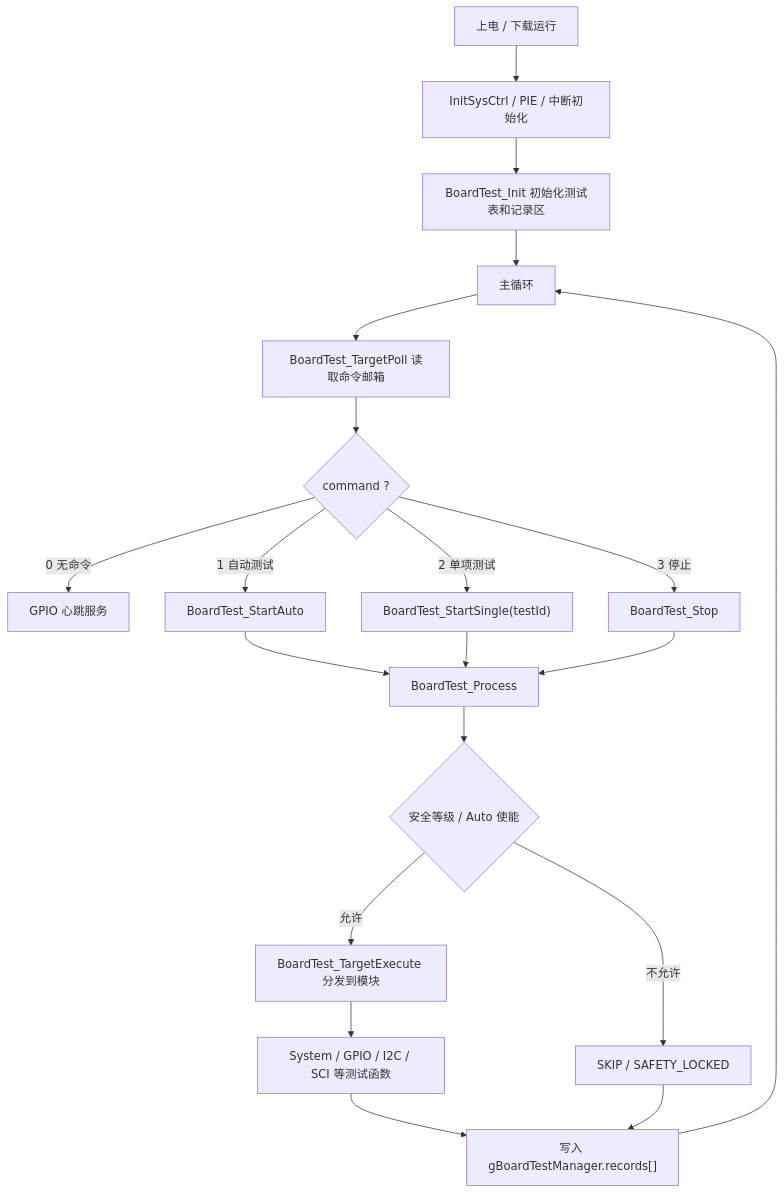
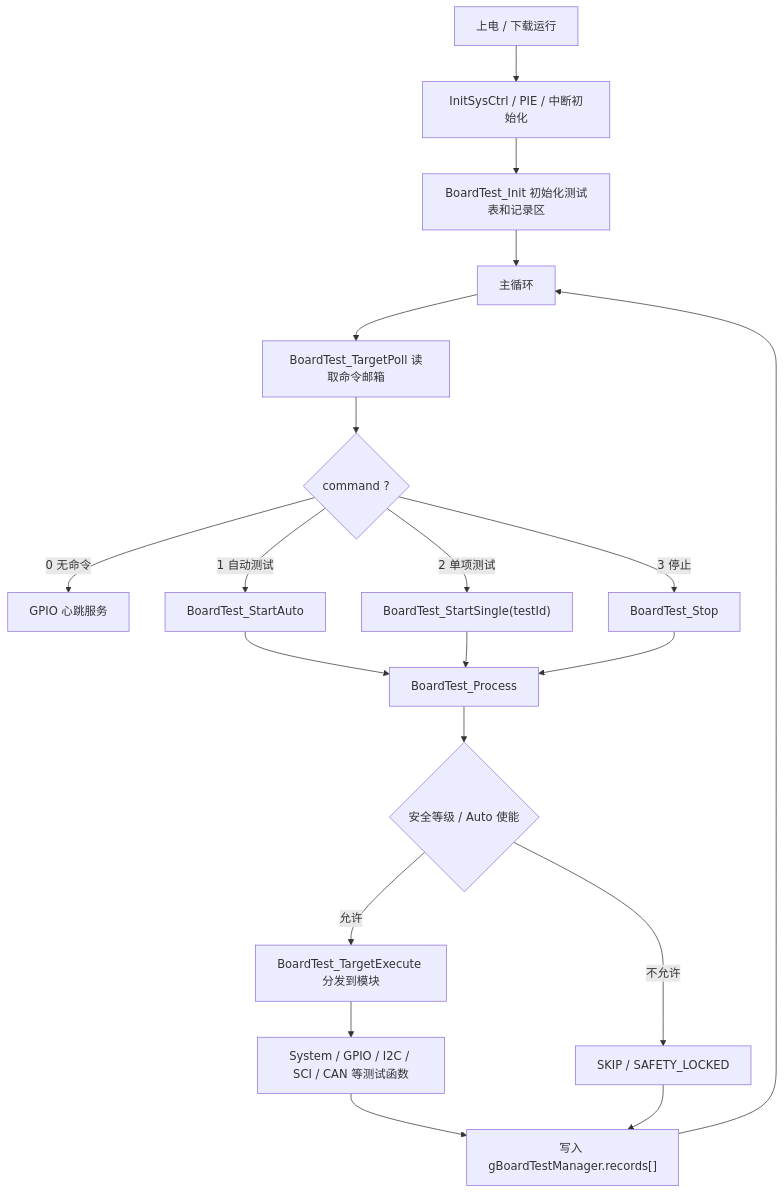
One commit to zhouyinqi/Lab14_Example_2837xD_IIC_liushui changed the first of 2 diagrams in 设计方案大纲-当前进度.md. Above: the diagram before and after it, drawn with Mermaid. The commit also changed other lines of this file and 11 other files, not shown here.

````diff
--- a/设计方案大纲-当前进度.md
+++ b/设计方案大纲-当前进度.md
@@ -64,22 +65,22 @@
 ```mermaid
 flowchart TD
     A["上电 / 下载运行"] --> B["InitSysCtrl / PIE / 中断初始化"]
     B --> C["BoardTest_Init 初始化测试表和记录区"]
     C --> D["主循环"]
     D --> E["BoardTest_TargetPoll 读取命令邮箱"]
     E --> F{"command ?"}
     F -->|0 无命令| G["GPIO 心跳服务"]
     F -->|1 自动测试| H["BoardTest_StartAuto"]
     F -->|2 单项测试| I["BoardTest_StartSingle(testId)"]
     F -->|3 停止| J["BoardTest_Stop"]
     H --> K["BoardTest_Process"]
     I --> K
     J --> K
     K --> L{"安全等级 / Auto 使能"}
     L -->|允许| M["BoardTest_TargetExecute 分发到模块"]
     L -->|不允许| N["SKIP / SAFETY_LOCKED"]
-    M --> O["System / GPIO / I2C / SCI 等测试函数"]
+    M --> O["System / GPIO / I2C / SCI / CAN 等测试函数"]
     O --> P["写入 gBoardTestManager.records[]"]
     N --> P
     P --> D
 ```
````
